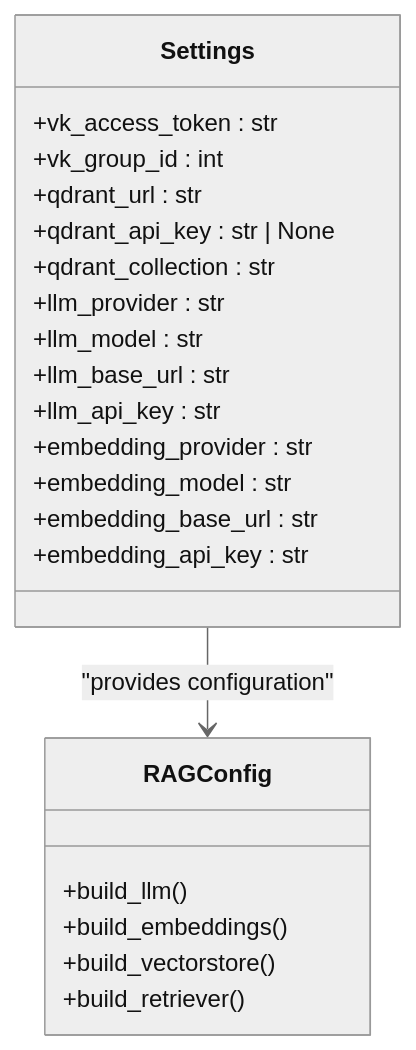
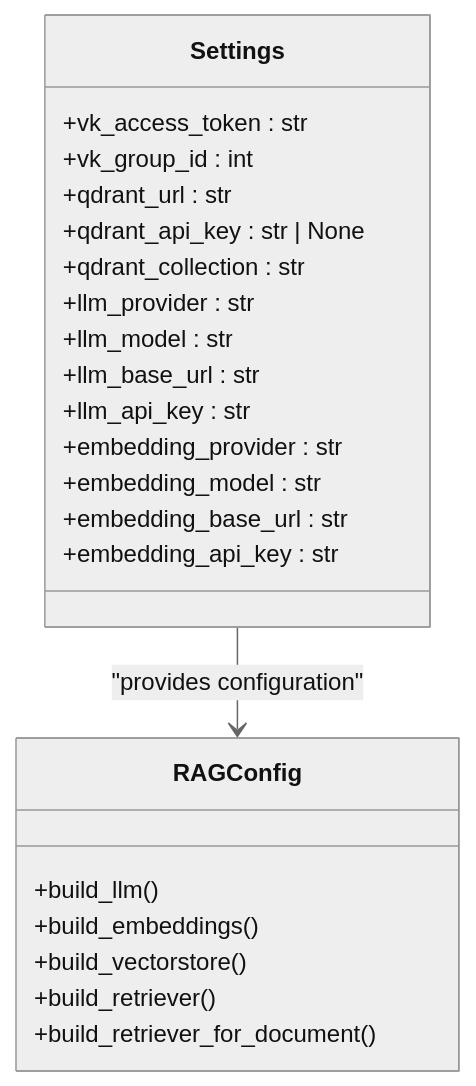
One commit to ognelis/cafetera_hr_bot changed the fifth of 23 diagrams in .qoder/repowiki/en/content/RAG Integration/RAG Integration.md. Above: the diagram before and after it, drawn with Mermaid (neutral theme). The commit also changed other lines of this file and 6 other files, not shown here.

````diff
--- a/.qoder/repowiki/en/content/RAG Integration/RAG Integration.md
+++ b/.qoder/repowiki/en/content/RAG Integration/RAG Integration.md
@@ -439,25 +466,26 @@
 ```mermaid
 classDiagram
 class Settings {
 +vk_access_token : str
 +vk_group_id : int
 +qdrant_url : str
 +qdrant_api_key : str | None
 +qdrant_collection : str
 +llm_provider : str
 +llm_model : str
 +llm_base_url : str
 +llm_api_key : str
 +embedding_provider : str
 +embedding_model : str
 +embedding_base_url : str
 +embedding_api_key : str
 }
 class RAGConfig {
 +build_llm()
 +build_embeddings()
 +build_vectorstore()
 +build_retriever()
++build_retriever_for_document()
 }
 Settings --> RAGConfig : "provides configuration"
 ```
````
